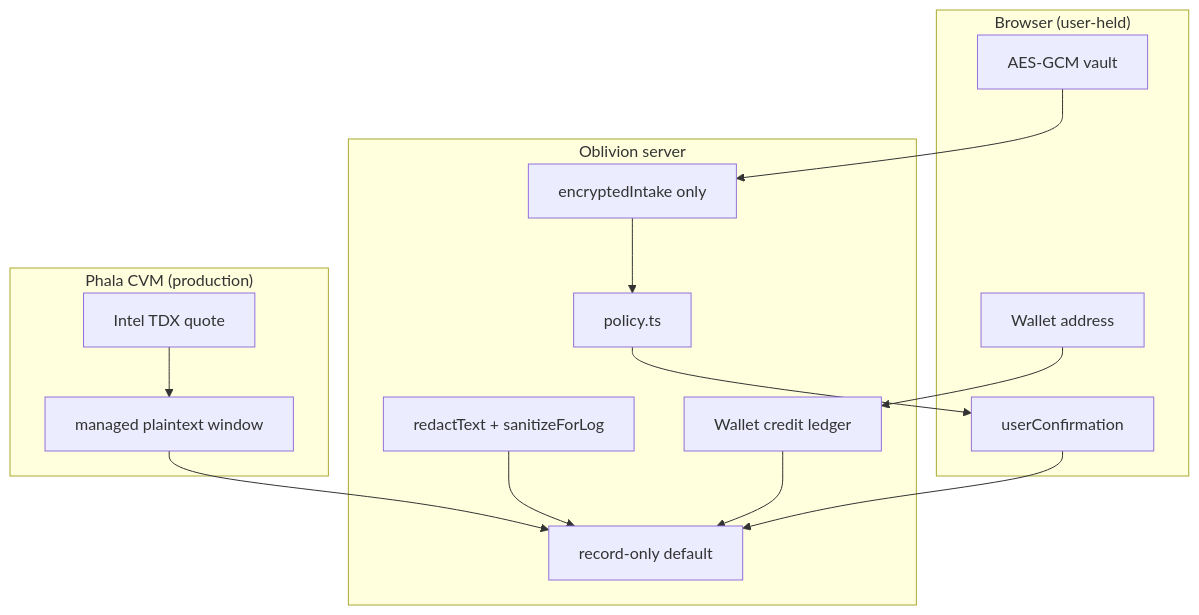
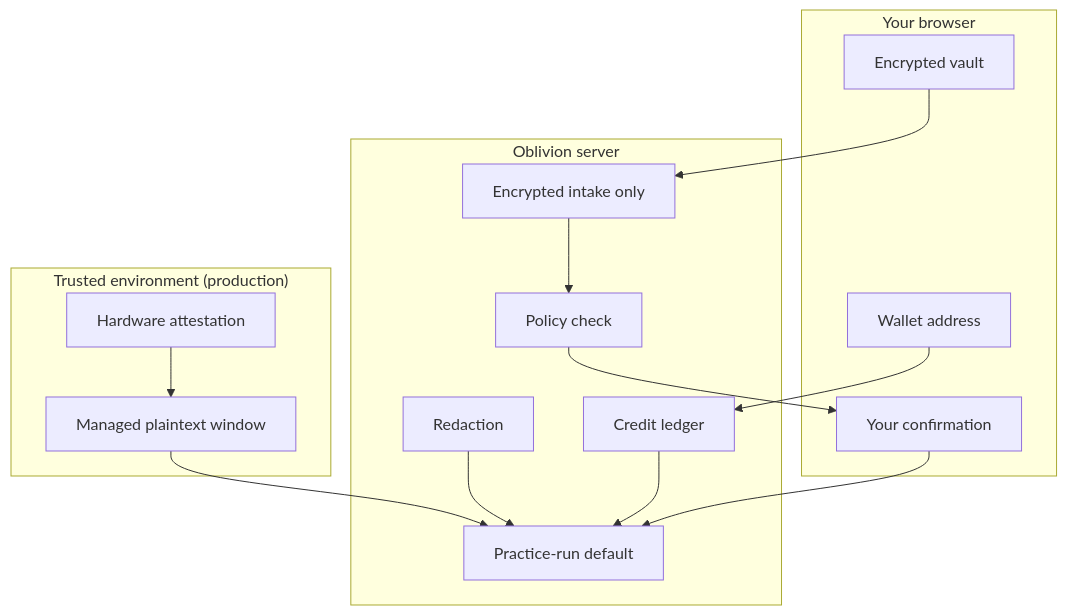
One commit to thomasjvu/oblivion changed the diagram in docs/src/docs/content/developers/security.md. Above: the diagram before and after it, drawn with Mermaid. The commit also changed other lines of this file and 22 other files, not shown here.

````diff
--- a/docs/src/docs/content/developers/security.md
+++ b/docs/src/docs/content/developers/security.md
@@ -5,31 +5,31 @@
 ```mermaid
 flowchart TB
-  subgraph Browser["Browser (user-held)"]
-    Vault[AES-GCM vault]
-    Confirm[userConfirmation]
+  subgraph Browser["Your browser"]
+    Vault[Encrypted vault]
+    Confirm[Your confirmation]
     Wallet[Wallet address]
   end
 
   subgraph Server["Oblivion server"]
-    Cipher[encryptedIntake only]
-    Policy[policy.ts]
-    Redact[redactText + sanitizeForLog]
-    Credits[Wallet credit ledger]
-    Record[record-only default]
+    Cipher[Encrypted intake only]
+    Policy[Policy check]
+    Redact[Redaction]
+    Credits[Credit ledger]
+    Record[Practice-run default]
   end
 
-  subgraph TEE["Phala CVM (production)"]
-    Quote[Intel TDX quote]
-    Plain[managed plaintext window]
+  subgraph TEE["Trusted environment (production)"]
+    Quote[Hardware attestation]
+    Plain[Managed plaintext window]
   end
 
   Vault --> Cipher
   Cipher --> Policy
   Wallet --> Credits
   Policy --> Confirm
   Confirm --> Record
   Credits --> Record
   Quote --> Plain
   Plain --> Record
   Redact --> Record
 ```
````
